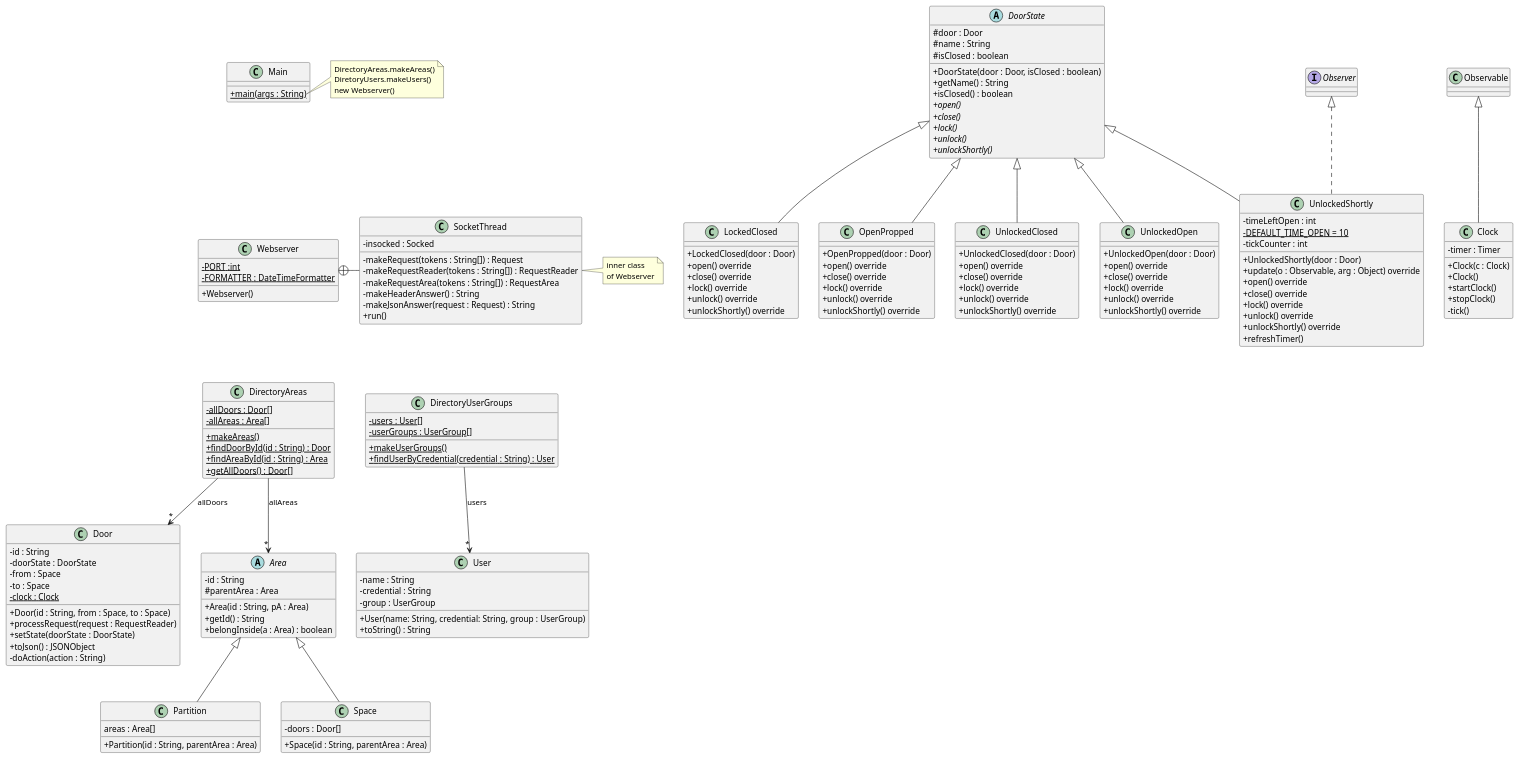
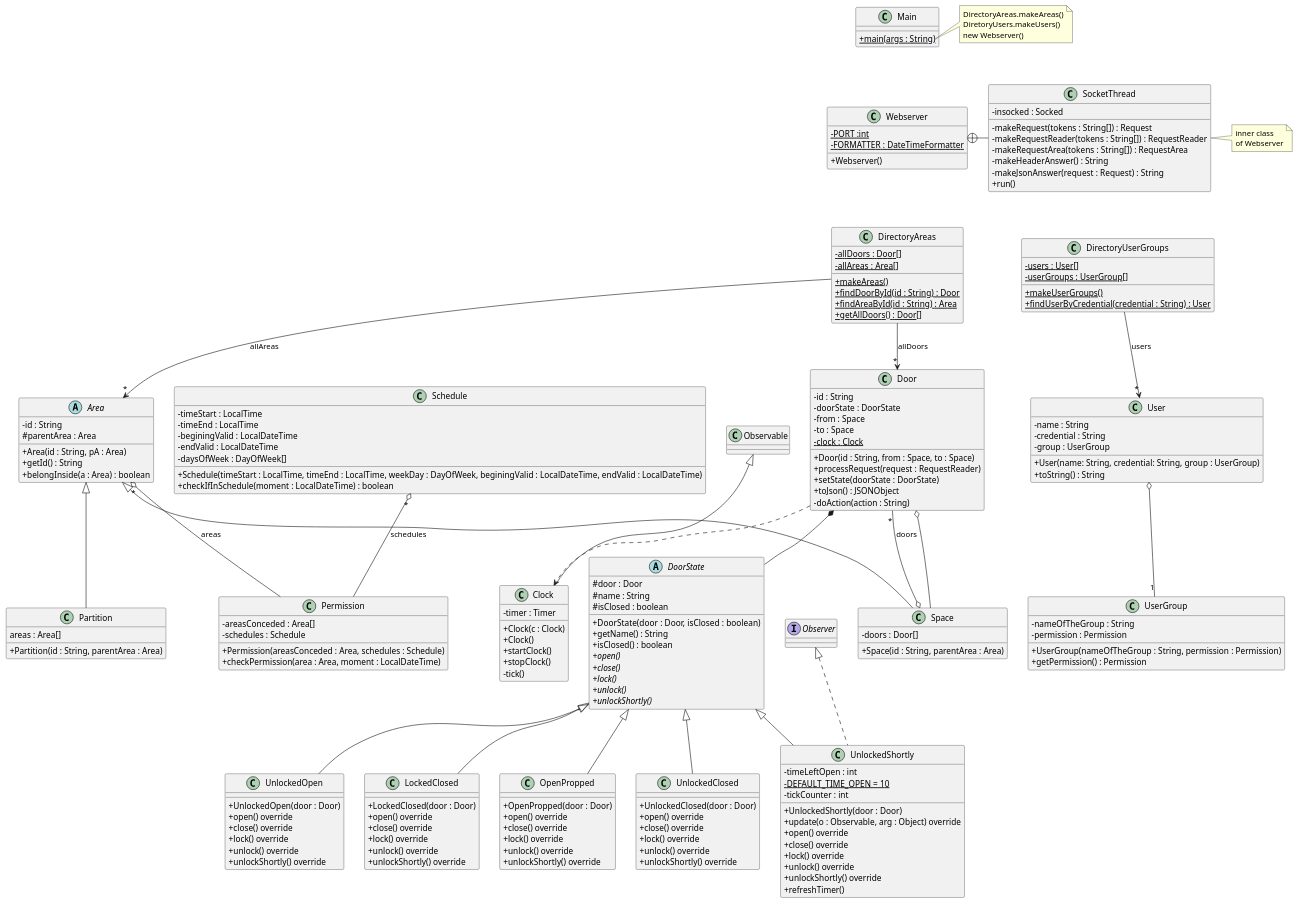
The diagram in src/baseNoStates/uml/base_no_states.puml (PolRS/PracticaDS), drawn with PlantUML before and after one commit.

Commit message:
uml diagram done

```diff
--- a/src/baseNoStates/uml/base_no_states.puml
+++ b/src/baseNoStates/uml/base_no_states.puml
@@ -67,35 +67,10 @@
 - doAction(action : String)
 }
 
-class User {
-- name : String
-- credential : String
-- group : UserGroup
-+ User(name: String, credential: String, group : UserGroup)
-+ toString() : String
-'+ getCredential : String
-'+ getUserGroup : UserGroup
-}
-
-abstract class Area {
-- id : String
-# parentArea : Area
-+ Area(id : String, pA : Area)
-+ getId() : String
-+ belongInside(a : Area) : boolean
-}
-
-DirectoryAreas --> "*" Area : "allAreas"
-
-class Partition extends Area {
-areas : Area[]
-+ Partition(id : String, parentArea : Area)
-}
-
-class Space extends Area {
-- doors : Door[]
-+ Space(id : String, parentArea : Area)
-}
+Space o-- "*" Door : doors
+Door *-- DoorState
+Door o-- Space
+Door ..> Clock
 
 abstract class DoorState {
 # door : Door
@@ -161,6 +136,65 @@
 + refreshTimer()
 }
 
+class User {
+- name : String
+- credential : String
+- group : UserGroup
++ User(name: String, credential: String, group : UserGroup)
++ toString() : String
+'+ getCredential : String
+'+ getUserGroup : UserGroup
+}
+
+User o-- "1" UserGroup
+
+class UserGroup {
+- nameOfTheGroup : String
+- permission : Permission
++ UserGroup(nameOfTheGroup : String, permission : Permission)
++ getPermission() : Permission
+}
+
+class Permission {
+- areasConceded : Area[]
+- schedules : Schedule
++ Permission(areasConceded : Area, schedules : Schedule)
++ checkPermission(area : Area, moment : LocalDateTime)
+}
+
+Area "*" o-- Permission : "areas"
+Schedule "*" o-- Permission : schedules
+
+class Schedule {
+- timeStart : LocalTime
+- timeEnd : LocalTime
+- beginingValid : LocalDateTime
+- endValid : LocalDateTime
+- daysOfWeek : DayOfWeek[]
++ Schedule(timeStart : LocalTime, timeEnd : LocalTime, weekDay : DayOfWeek, beginingValid : LocalDateTime, endValid : LocalDateTime)
++ checkIfInSchedule(moment : LocalDateTime) : boolean
+}
+
+abstract class Area {
+- id : String
+# parentArea : Area
++ Area(id : String, pA : Area)
++ getId() : String
++ belongInside(a : Area) : boolean
+}
+
+DirectoryAreas --> "*" Area : "allAreas"
+
+class Partition extends Area {
+areas : Area[]
++ Partition(id : String, parentArea : Area)
+}
+
+class Space extends Area {
+- doors : Door[]
++ Space(id : String, parentArea : Area)
+}
+
 class Main {
 + {static} main(args : String)
 }
```
